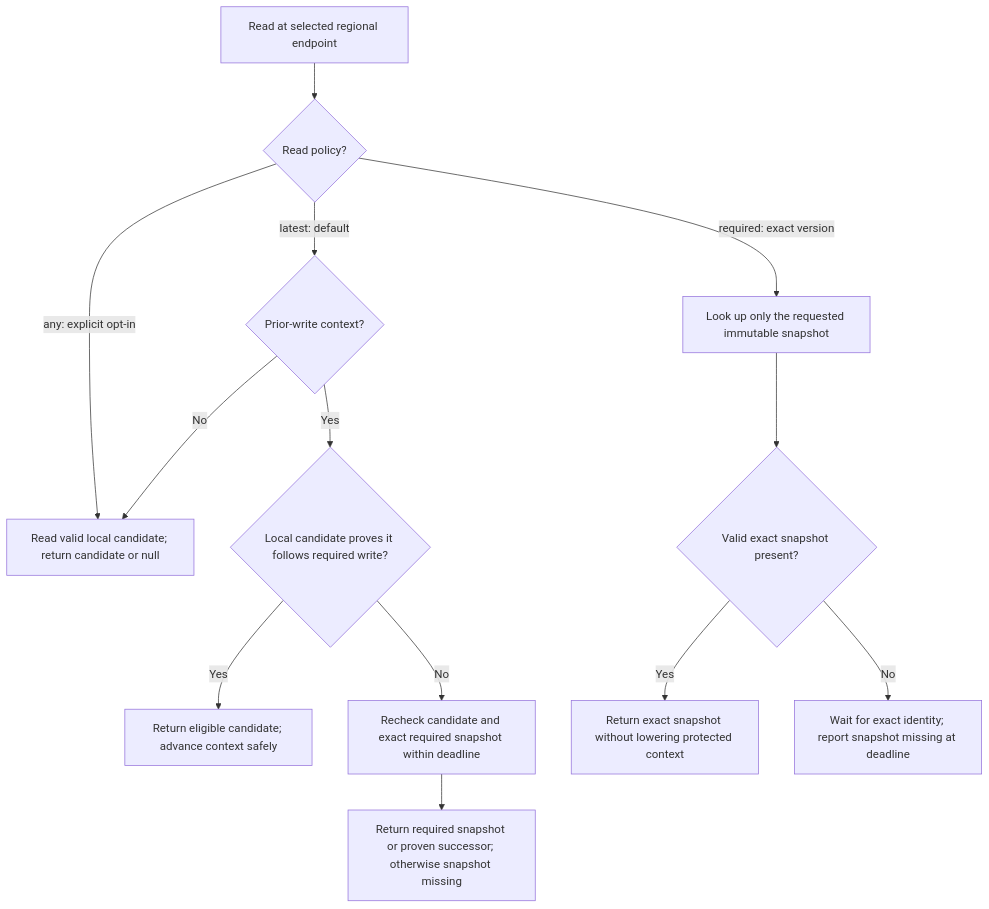
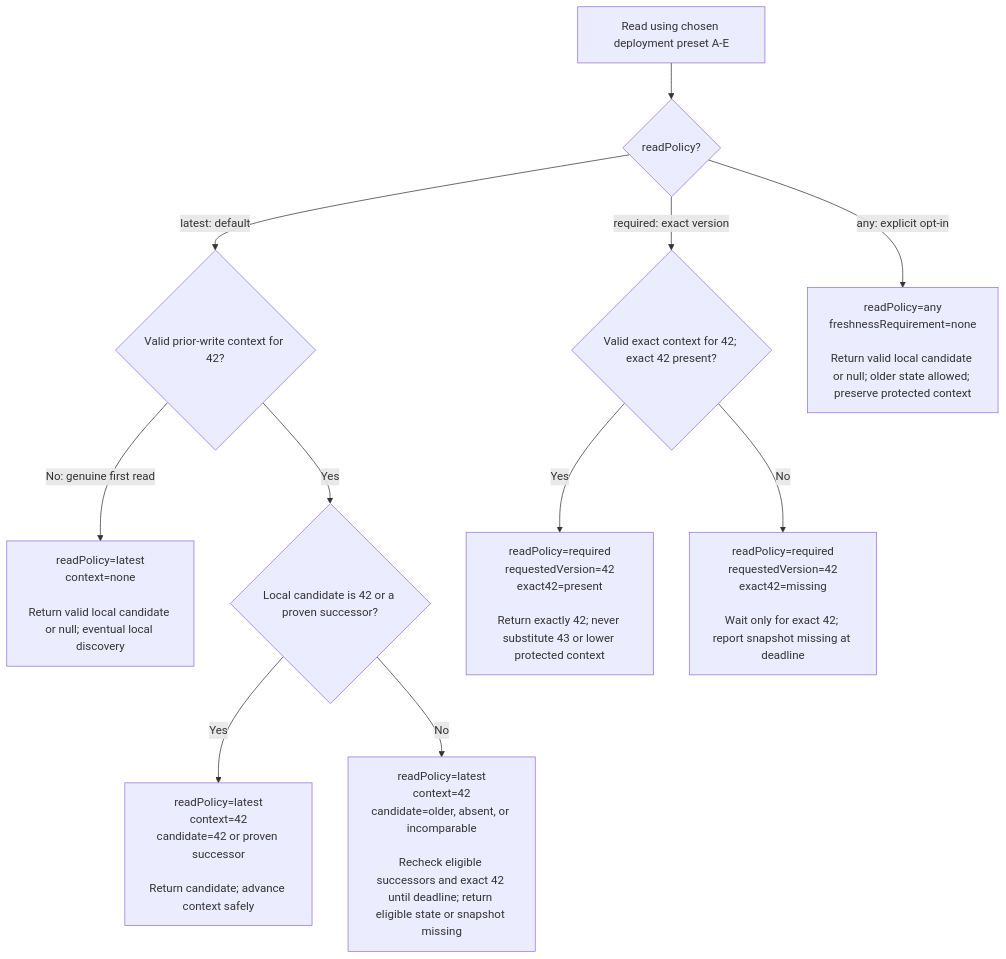
The fourth of 5 diagrams in decisions.md (alberttwong/redis-multi-region-adapter), drawn with Mermaid before and after one commit. The commit also changed other lines of this file and 2 other files, not shown here.

````diff
--- a/decisions.md
+++ b/decisions.md
@@ -104,15 +83,13 @@
 ```mermaid
 flowchart TD
-    Read["Read at selected regional endpoint"] --> Policy{"Read policy?"}
-    Policy -->|latest: default| Context{"Prior-write context?"}
-    Context -->|No| Candidate["Read valid local candidate; return candidate or null"]
-    Context -->|Yes| Match{"Local candidate proves it follows required write?"}
-    Match -->|Yes| Return["Return eligible candidate; advance context safely"]
-    Match -->|No| LatestWait["Recheck candidate and exact required snapshot within deadline"]
-    LatestWait --> LatestResult["Return required snapshot or proven successor; otherwise snapshot missing"]
-    Policy -->|required: exact version| Exact["Look up only the requested immutable snapshot"]
-    Exact --> Present{"Valid exact snapshot present?"}
-    Present -->|Yes| Snapshot["Return exact snapshot without lowering protected context"]
-    Present -->|No| ExactWait["Wait for exact identity; report snapshot missing at deadline"]
-    Policy -->|any: explicit opt-in| Candidate
+    Read["Read using chosen deployment preset A-E"] --> Policy{"readPolicy?"}
+    Policy -->|latest: default| Context{"Valid prior-write context for 42?"}
+    Context -->|No: genuine first read| First["readPolicy=latest<br/>context=none<br/><br/>Return valid local candidate or null; eventual local discovery"]
+    Context -->|Yes| Match{"Local candidate is 42 or a proven successor?"}
+    Match -->|Yes| Current["readPolicy=latest<br/>context=42<br/>candidate=42 or proven successor<br/><br/>Return candidate; advance context safely"]
+    Match -->|No| LatestWait["readPolicy=latest<br/>context=42<br/>candidate=older, absent, or incomparable<br/><br/>Recheck eligible successors and exact 42 until deadline; return eligible state or snapshot missing"]
+    Policy -->|required: exact version| Exact{"Valid exact context for 42; exact 42 present?"}
+    Exact -->|Yes| ExactHit["readPolicy=required<br/>requestedVersion=42<br/>exact42=present<br/><br/>Return exactly 42; never substitute 43 or lower protected context"]
+    Exact -->|No| ExactMiss["readPolicy=required<br/>requestedVersion=42<br/>exact42=missing<br/><br/>Wait only for exact 42; report snapshot missing at deadline"]
+    Policy -->|any: explicit opt-in| Any["readPolicy=any<br/>freshnessRequirement=none<br/><br/>Return valid local candidate or null; older state allowed; preserve protected context"]
 ```
````
